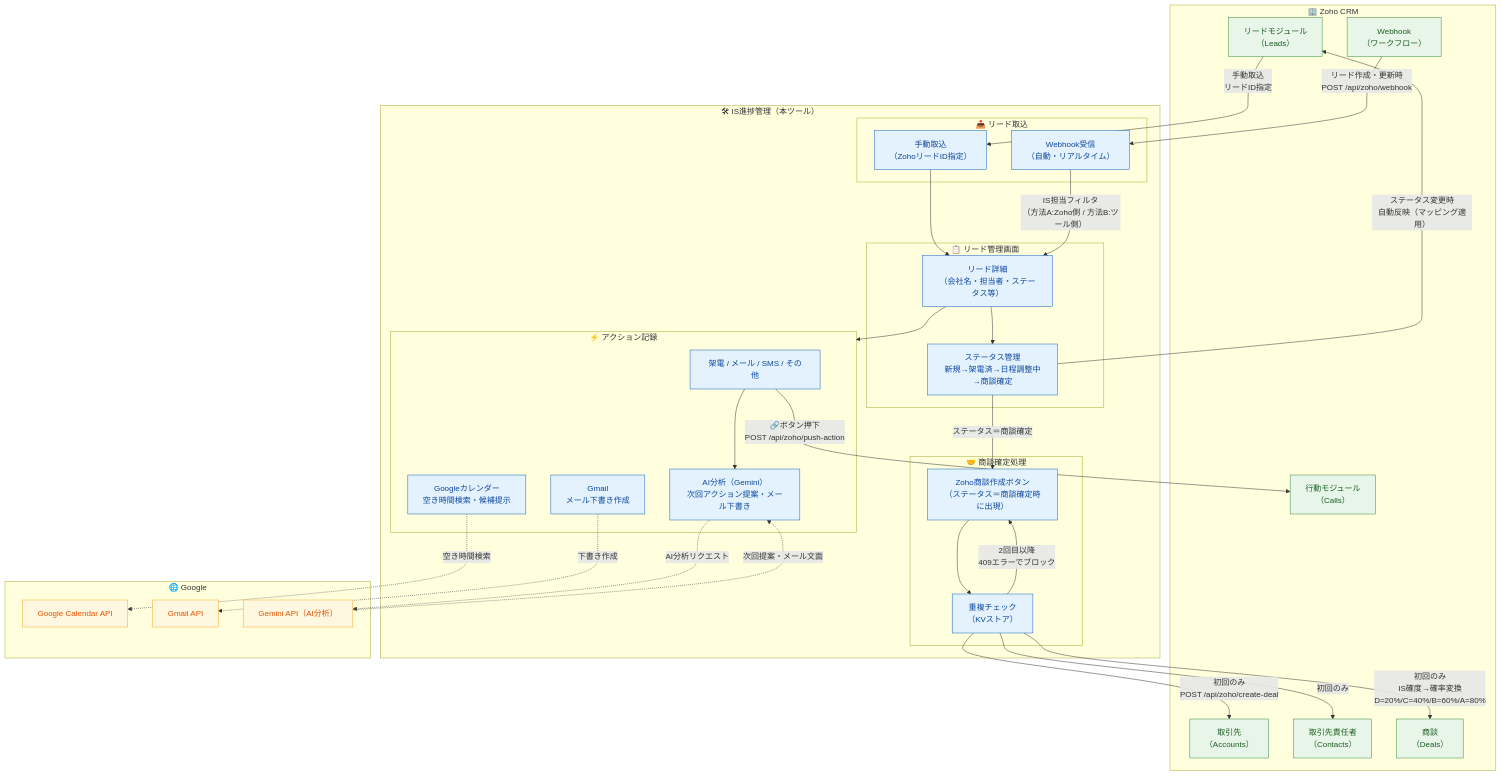
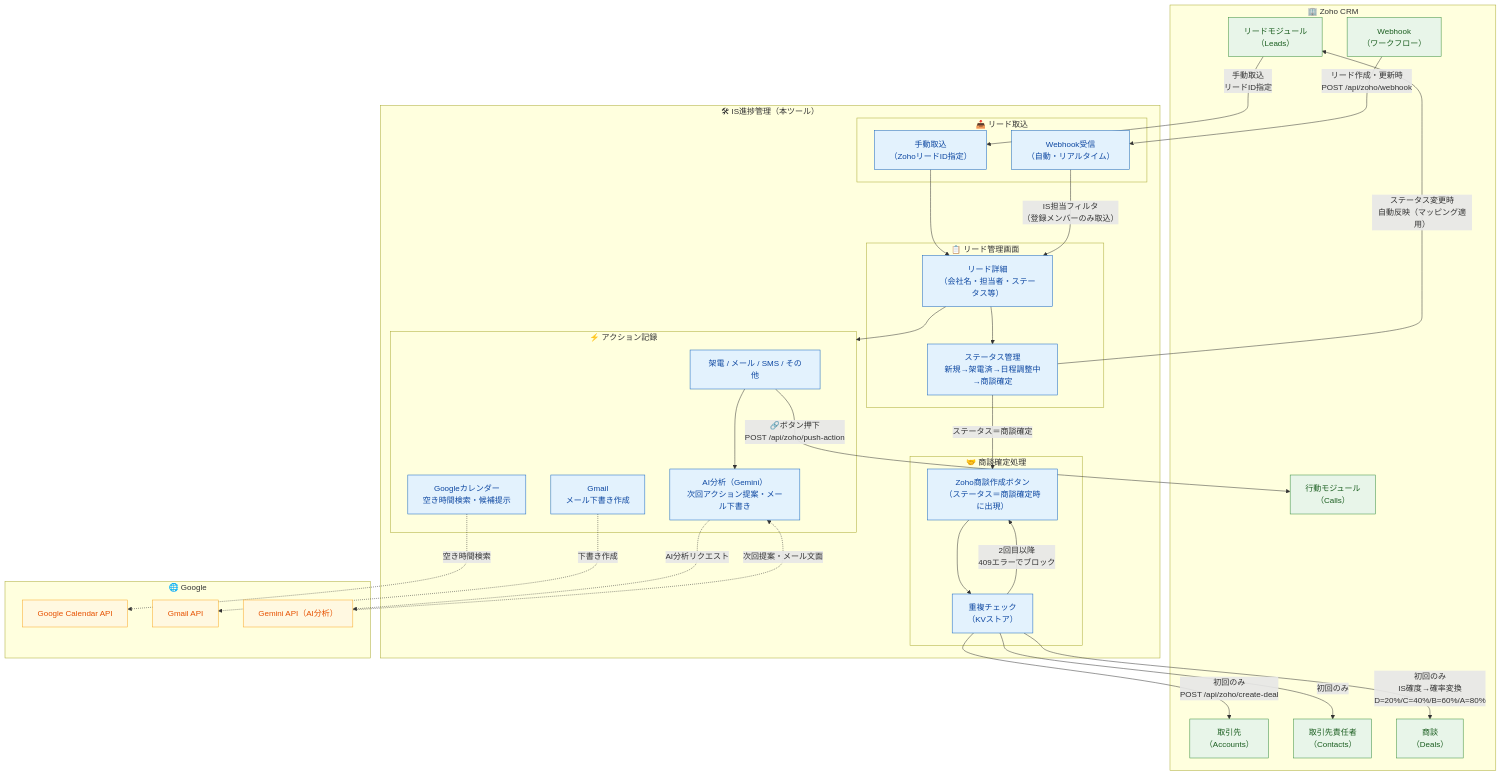
The diagram in ZOHO_CRM_INTEGRATION.md (shingaieri-lab/-), drawn with Mermaid before and after one commit. The commit also changed other lines of this file and 3 other files, not shown here.

````diff
--- a/ZOHO_CRM_INTEGRATION.md
+++ b/ZOHO_CRM_INTEGRATION.md
@@ -17,78 +17,78 @@
 ```mermaid
 flowchart TD
     subgraph ZOHO["🏢 Zoho CRM"]
         ZL["リードモジュール\n（Leads）"]
         ZC["行動モジュール\n（Calls）"]
         ZA["取引先\n（Accounts）"]
         ZCT["取引先責任者\n（Contacts）"]
         ZD["商談\n（Deals）"]
         ZW["Webhook\n（ワークフロー）"]
     end
 
     subgraph TOOL["🛠 IS進捗管理（本ツール）"]
         subgraph IMPORT["📥 リード取込"]
             M1["手動取込\n（ZohoリードID指定）"]
             M2["Webhook受信\n（自動・リアルタイム）"]
         end
 
         subgraph LEAD["📋 リード管理画面"]
             L1["リード詳細\n（会社名・担当者・ステータス等）"]
             L2["ステータス管理\n新規→架電済→日程調整中→商談確定"]
         end
 
         subgraph ACTION["⚡ アクション記録"]
             A1["架電 / メール / SMS / その他"]
             A2["AI分析（Gemini）\n次回アクション提案・メール下書き"]
             A3["Googleカレンダー\n空き時間検索・候補提示"]
             A4["Gmail\nメール下書き作成"]
         end
 
         subgraph DEAL["🤝 商談確定処理"]
             D1["Zoho商談作成ボタン\n（ステータス＝商談確定時に出現）"]
             D2["重複チェック\n（KVストア）"]
         end
     end
 
     subgraph GOOGLE["🌐 Google"]
         GC["Google Calendar API"]
         GM["Gmail API"]
         GG["Gemini API（AI分析）"]
     end
 
     %% Zoho → ツール（取込）
     ZW -->|"リード作成・更新時\nPOST /api/zoho/webhook"| M2
     ZL -->|"手動取込\nリードID指定"| M1
     M1 --> L1
-    M2 -->|"IS担当フィルタ\n（方法A:Zoho側 / 方法B:ツール側）"| L1
+    M2 -->|"IS担当フィルタ\n（登録メンバーのみ取込）"| L1
 
     %% ツール内フロー
     L1 --> L2
     L1 --> ACTION
     A1 --> A2
     A2 -.->|"AI分析リクエスト"| GG
     GG -.->|"次回提案・メール文面"| A2
     A3 -.->|"空き時間検索"| GC
     A4 -.->|"下書き作成"| GM
 
     %% ツール → Zoho（アクション履歴）
     A1 -->|"🔗ボタン押下\nPOST /api/zoho/push-action"| ZC
 
     %% ツール → Zoho（ステータス連携）
     L2 -->|"ステータス変更時\n自動反映（マッピング適用）"| ZL
 
     %% 商談確定フロー
     L2 -->|"ステータス＝商談確定"| D1
     D1 --> D2
     D2 -->|"初回のみ\nPOST /api/zoho/create-deal"| ZA
     D2 -->|"初回のみ"| ZCT
     D2 -->|"初回のみ\nIS確度→確率変換\nD=20%/C=40%/B=60%/A=80%"| ZD
     D2 -->|"2回目以降\n409エラーでブロック"| D1
 
     %% スタイル
     classDef zoho fill:#e8f5e9,stroke:#388e3c,color:#1b5e20
     classDef tool fill:#e3f2fd,stroke:#1565c0,color:#0d47a1
     classDef google fill:#fff8e1,stroke:#f9a825,color:#e65100
     class ZL,ZC,ZA,ZCT,ZD,ZW zoho
     class M1,M2,L1,L2,A1,A2,A3,A4,D1,D2 tool
     class GC,GM,GG google
 ```
````
